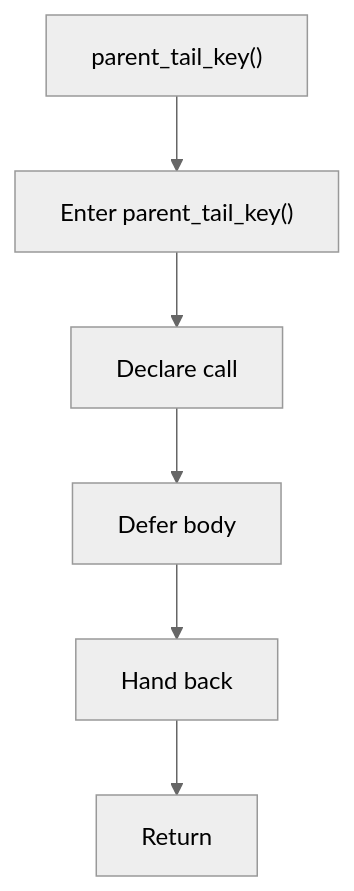
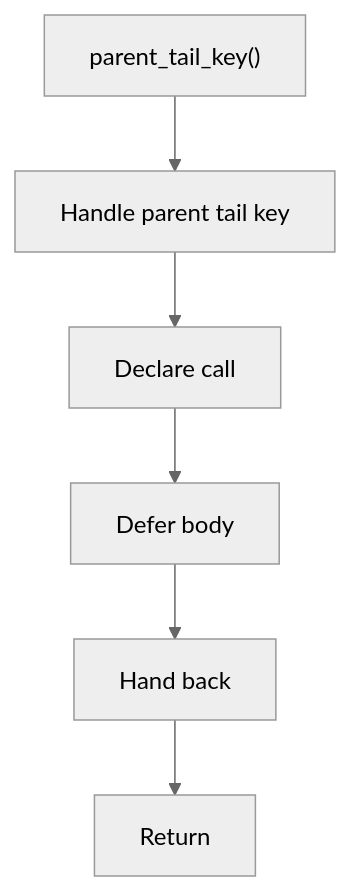
Before and after one commit to JohnAndrewBalbarosa/NeoTerritory: the diagram in docs/Codebase/Microservice/Modules/Header/SyntacticBrokenAST/HashingMechanism/HashLinks/Internal/Flow/functions/parent_tail_key.hpp.md, drawn with Mermaid (neutral theme). The commit also changed other lines of this file and 915 other files, not shown here.

````diff
--- a/docs/Codebase/Microservice/Modules/Header/SyntacticBrokenAST/HashingMechanism/HashLinks/Internal/Flow/functions/parent_tail_key.hpp.md
+++ b/docs/Codebase/Microservice/Modules/Header/SyntacticBrokenAST/HashingMechanism/HashLinks/Internal/Flow/functions/parent_tail_key.hpp.md
@@ -16,14 +16,14 @@
 ```mermaid
 flowchart TD
     Start["parent_tail_key()"]
-    N0["Enter parent_tail_key()"]
+    N0["Handle parent tail key"]
     N1["Declare call"]
     N2["Defer body"]
     N3["Hand back"]
     End["Return"]
     Start --> N0
     N0 --> N1
     N1 --> N2
     N2 --> N3
     N3 --> End
 ```
````
